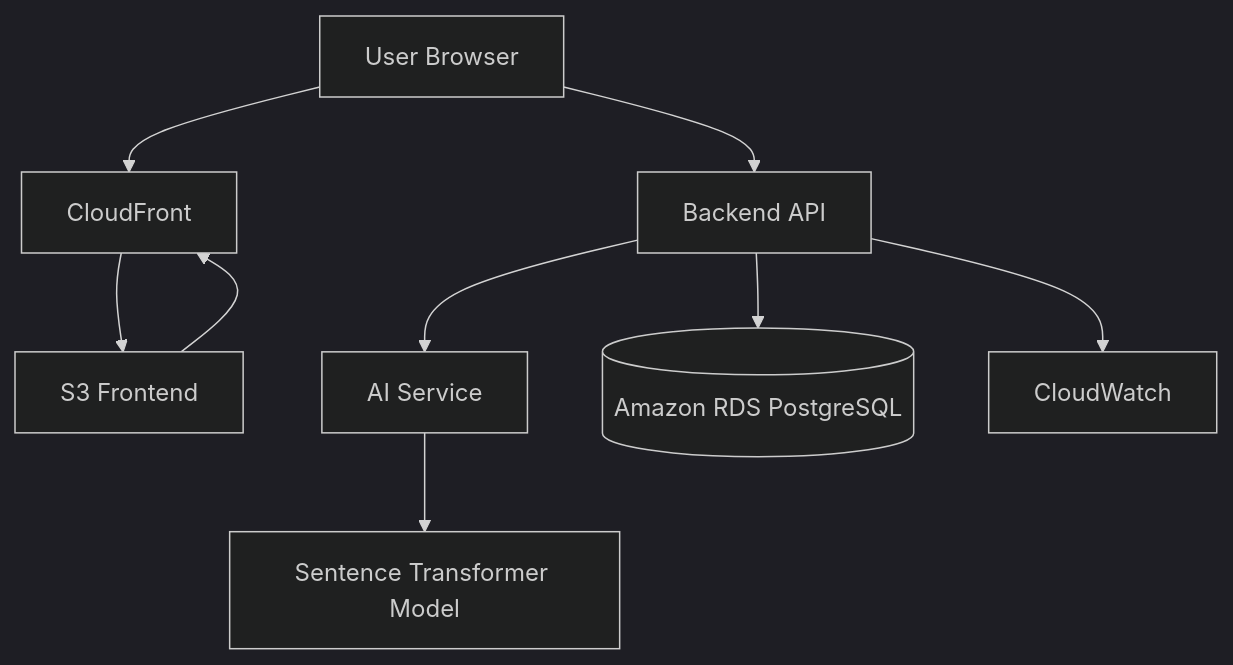
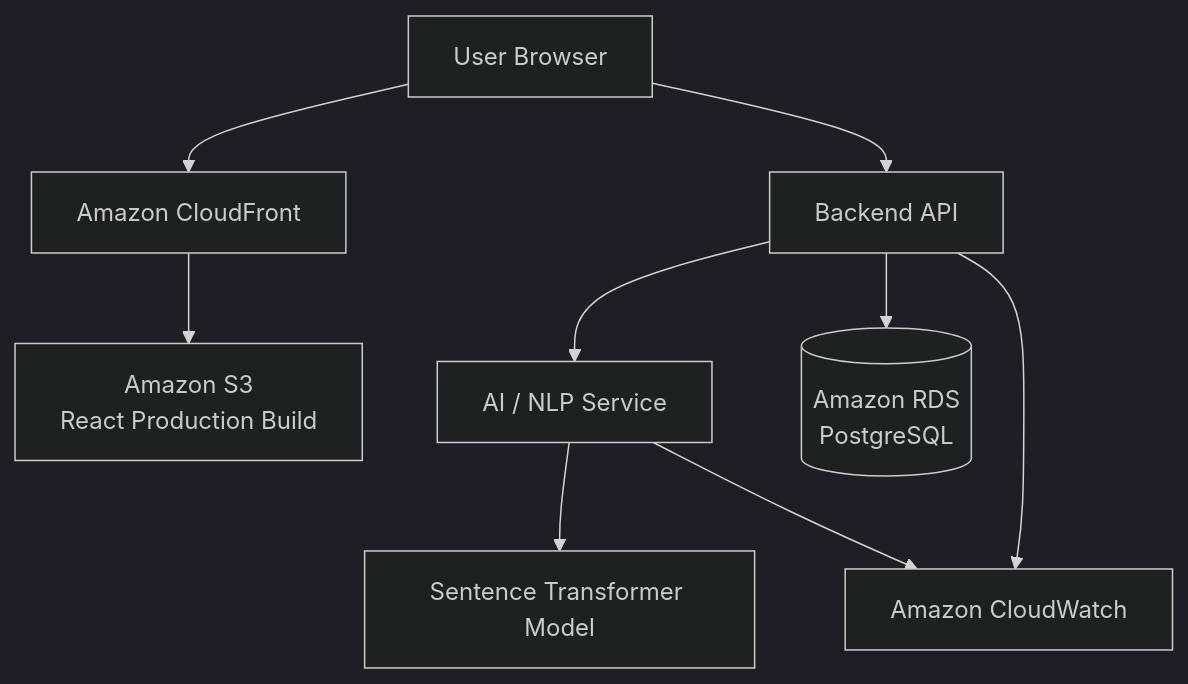
Before and after one commit to rachana1707-S/AI-Resume-Analyzer: the second of 2 diagrams in README.md, drawn with Mermaid (dark theme). The commit also changed other lines of this file, not shown here.

````diff
--- a/README.md
+++ b/README.md
@@ -648,18 +770,20 @@
 ```mermaid
 flowchart TD
     USER[User Browser]
 
-    USER --> CF[CloudFront]
-    CF --> S3[S3 Frontend]
+    USER --> CF[Amazon CloudFront]
+
+    CF --> S3[Amazon S3<br/>React Production Build]
 
     USER --> API[Backend API]
 
-    API --> AI[AI Service]
-    API --> RDS[(Amazon RDS PostgreSQL)]
+    API --> AI[AI / NLP Service]
+
+    API --> RDS[(Amazon RDS<br/>PostgreSQL)]
 
     AI --> MODEL[Sentence Transformer Model]
 
-    API --> LOGS[CloudWatch]
+    API --> CW[Amazon CloudWatch]
 
-    S3 --> CF
+    AI --> CW
 ```
````
